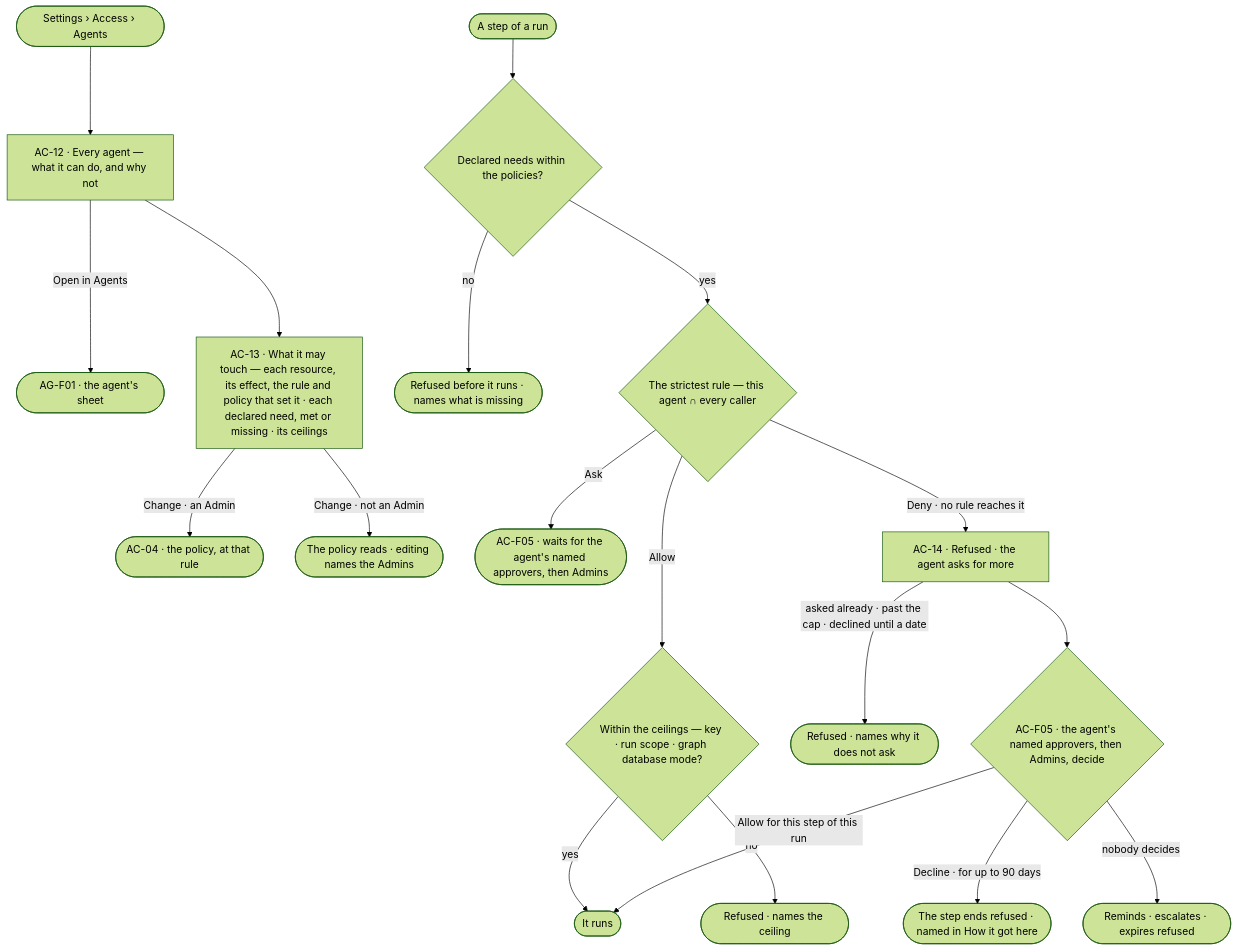
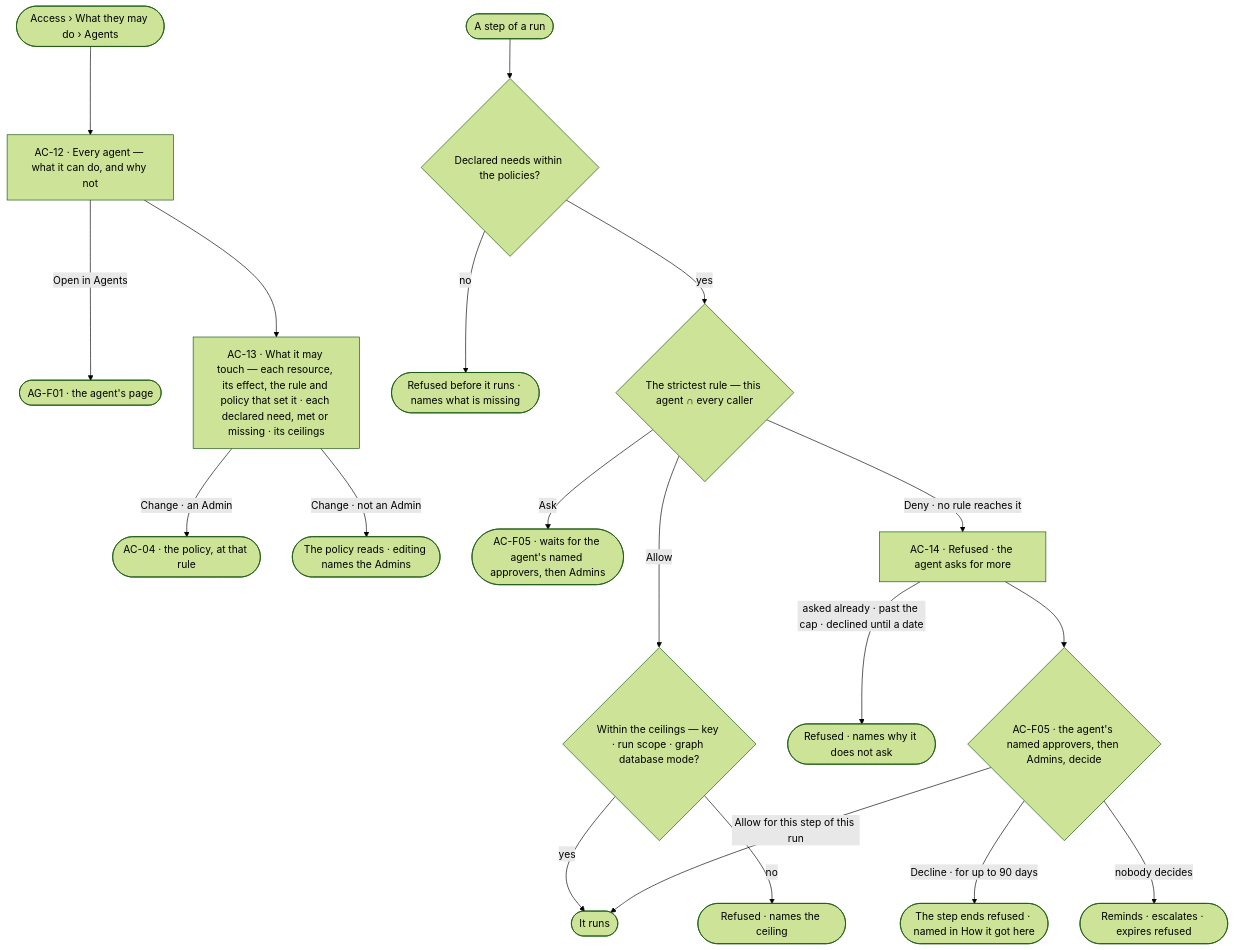
The first of 2 diagrams in specs/os/access/features/AC-F04-what-an-agent-may-touch/feature.md (invana/invana), drawn with Mermaid (forest theme) before and after one commit. The commit also changed other lines of this file and 133 other files, not shown here.

````diff
--- a/specs/os/access/features/AC-F04-what-an-agent-may-touch/feature.md
+++ b/specs/os/access/features/AC-F04-what-an-agent-may-touch/feature.md
@@ -26,21 +26,21 @@
 ```mermaid
 flowchart TD
-  start([Settings › Access › Agents]) --> ag["AC-12 · Every agent — what it can do, and why not"]
-  ag -->|Open in Agents| agx(["AG-F01 · the agent's sheet"])
+  start([Access › What they may do › Agents]) --> ag["AC-12 · Every agent — what it can do, and why not"]
+  ag -->|Open in Agents| agx(["AG-F01 · the agent's page"])
   ag --> touch["AC-13 · What it may touch — each resource, its effect, the rule and policy that set it · each declared need, met or missing · its ceilings"]
   touch -->|Change · an Admin| pol(["AC-04 · the policy, at that rule"])
   touch -->|Change · not an Admin| ro(["The policy reads · editing names the Admins"])
   run([A step of a run]) --> need{"Declared needs within the policies?"}
   need -->|no| nr(["Refused before it runs · names what is missing"])
   need -->|yes| chain{"The strictest rule — this agent ∩ every caller"}
   chain -->|Allow| ceil{"Within the ceilings — key · run scope · graph database mode?"}
   ceil -->|yes| go(["It runs"])
   ceil -->|no| cr(["Refused · names the ceiling"])
   chain -->|Ask| ask(["AC-F05 · waits for the agent's named approvers, then Admins"])
   chain -->|Deny · no rule reaches it| blk["AC-14 · Refused · the agent asks for more"]
   blk -->|asked already · past the cap · declined until a date| cap(["Refused · names why it does not ask"])
   blk --> more{"AC-F05 · the agent's named approvers, then Admins, decide"}
   more -->|Allow for this step of this run| go
   more -->|Decline · for up to 90 days| refd(["The step ends refused · named in How it got here"])
   more -->|nobody decides| exp(["Reminds · escalates · expires refused"])
 ```
````
